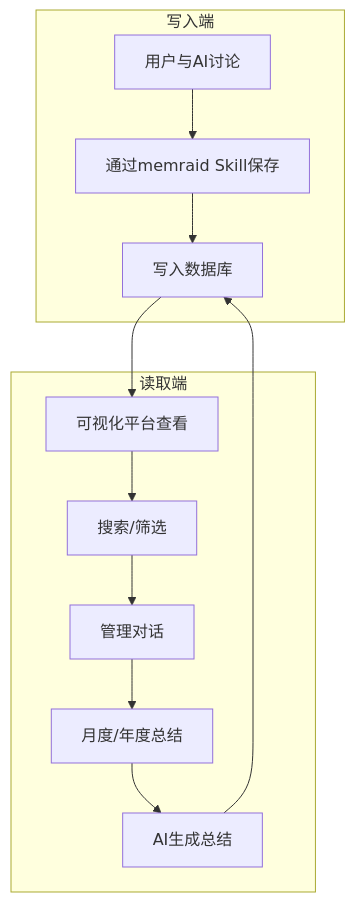
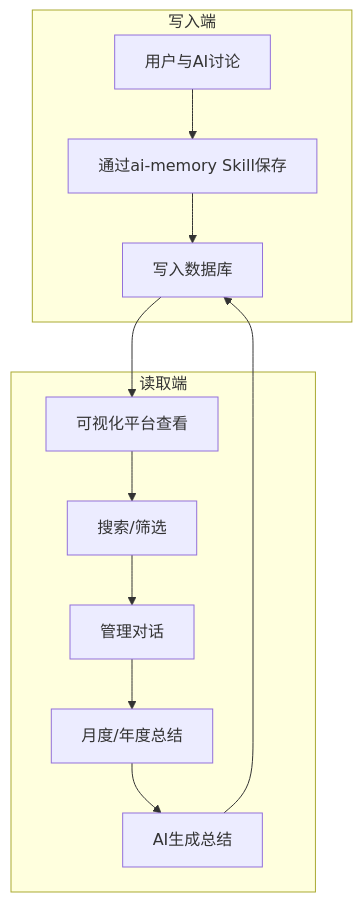
The diagram in README.md (shadowabi/personal-capability-center), drawn with Mermaid before and after one commit. The commit also changed other lines of this file, not shown here.

````diff
--- a/README.md
+++ b/README.md
@@ -95,16 +95,16 @@
 ```mermaid
 flowchart TD
     subgraph 写入端
-        A[用户与AI讨论] --> B[通过memraid Skill保存]
+        A[用户与AI讨论] --> B[通过ai-memory Skill保存]
         B --> C[写入数据库]
     end
     
     subgraph 读取端
         C --> D[可视化平台查看]
         D --> E[搜索/筛选]
         E --> F[管理对话]
         F --> G[月度/年度总结]
         G --> H[AI生成总结]
         H --> C
     end
 ```
````
